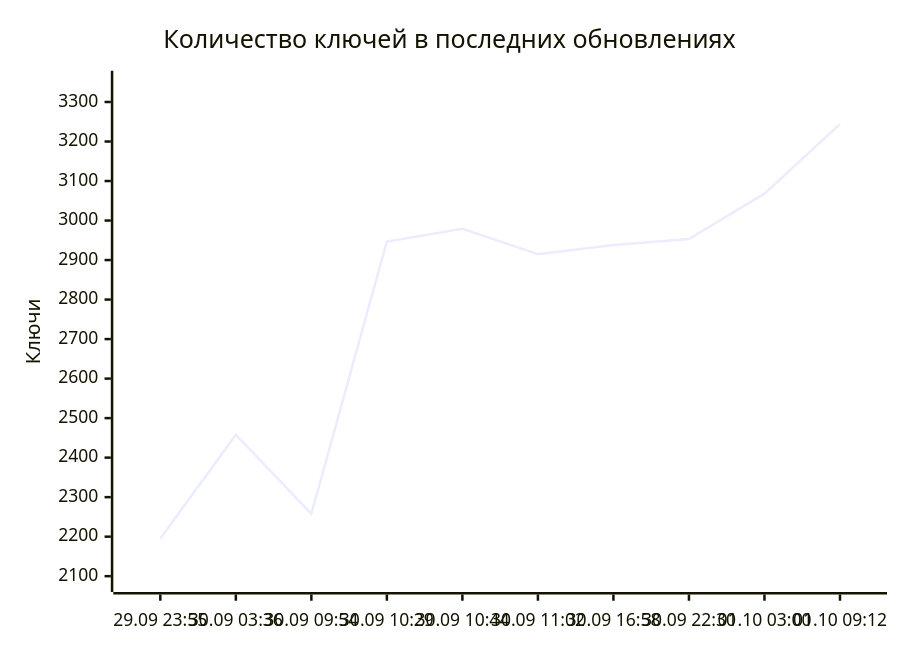
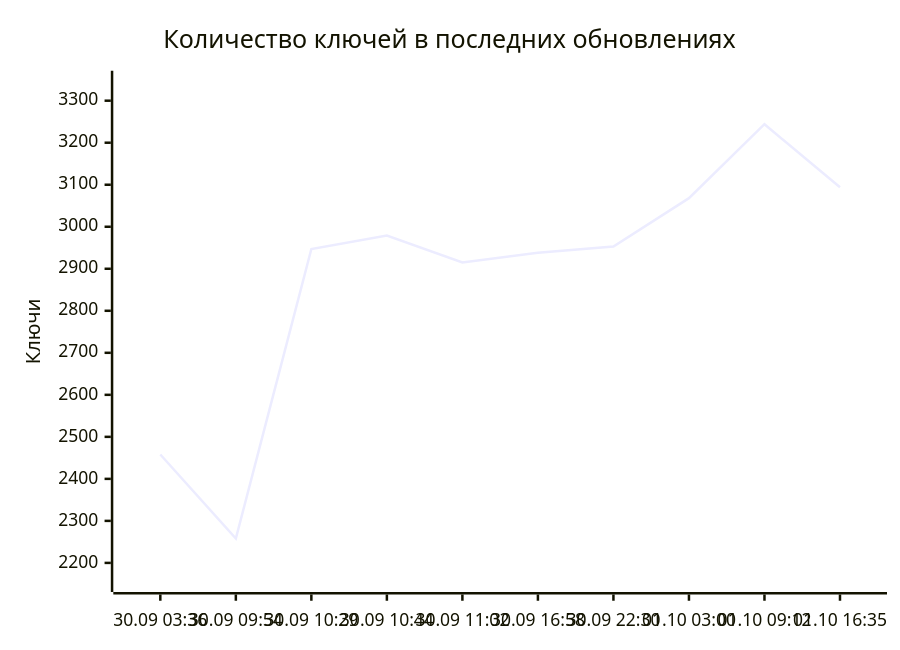
One commit to markKikhtenko/WireVeil changed the diagram in README.md. Above: the diagram before and after it, drawn with Mermaid. The commit also changed other lines of this file and 12 other files, not shown here.

````diff
--- a/README.md
+++ b/README.md
@@ -55,7 +55,7 @@
 ```mermaid
 xychart-beta
     title "Количество ключей в последних обновлениях"
-    x-axis ["29.09 23:55", "30.09 03:36", "30.09 09:54", "30.09 10:29", "30.09 10:44", "30.09 11:02", "30.09 16:58", "30.09 22:30", "01.10 03:00", "01.10 09:12"]
-    y-axis "Ключи" 2090 --> 3349
-    line [2195, 2458, 2258, 2947, 2979, 2915, 2938, 2953, 3068, 3244]
+    x-axis ["30.09 03:36", "30.09 09:54", "30.09 10:29", "30.09 10:44", "30.09 11:02", "30.09 16:58", "30.09 22:30", "01.10 03:00", "01.10 09:12", "01.10 16:35"]
+    y-axis "Ключи" 2159 --> 3343
+    line [2458, 2258, 2947, 2979, 2915, 2938, 2953, 3068, 3244, 3094]
 ```
````
